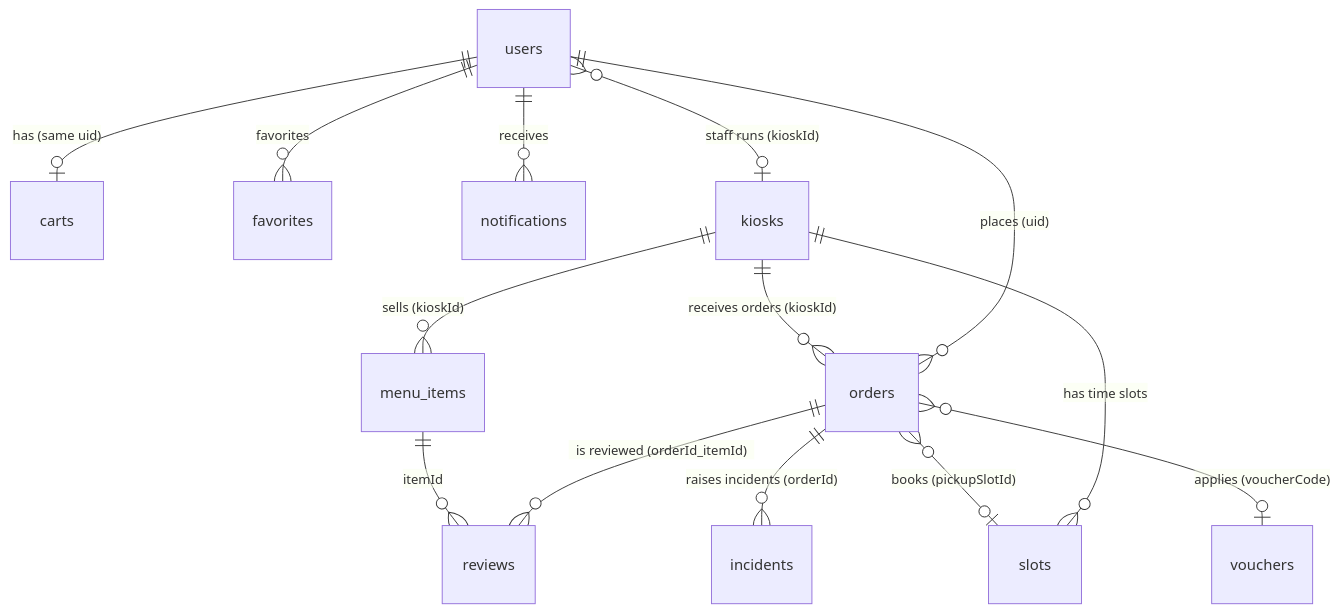
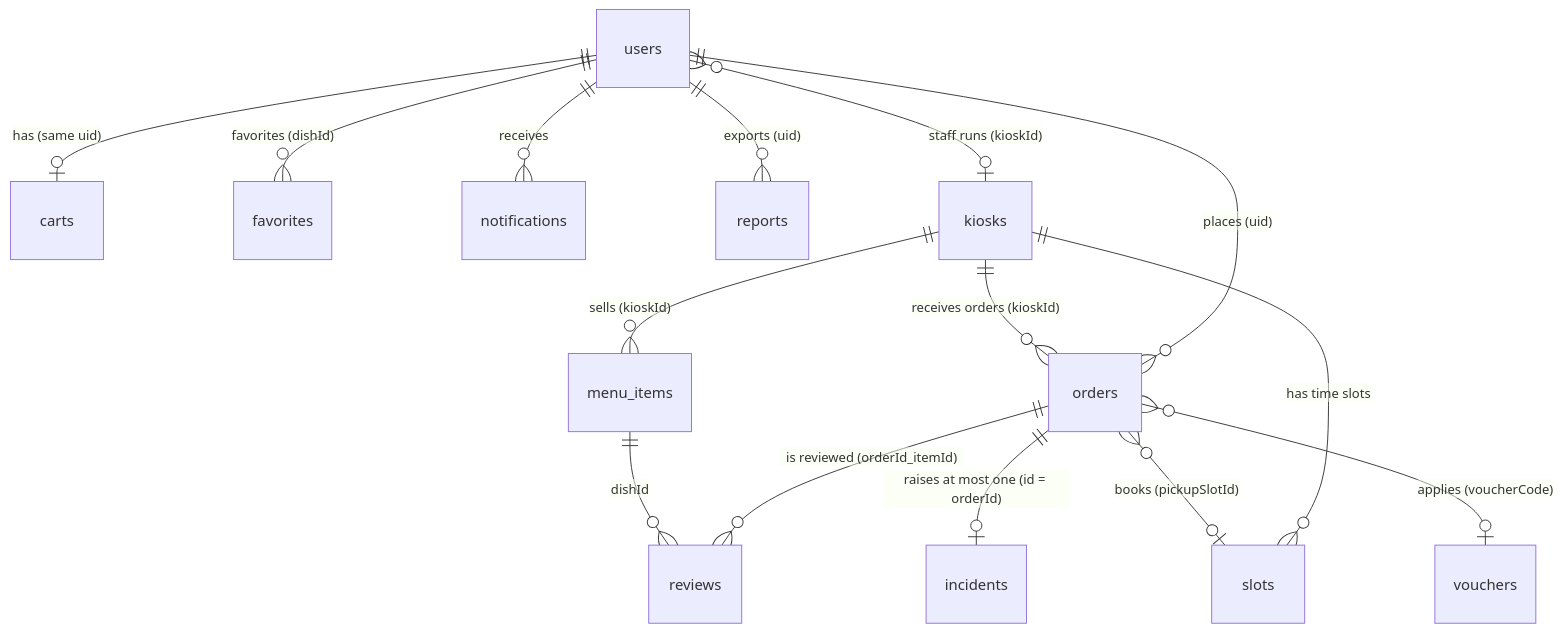
The first of 2 diagrams in docs/data-model.md (baonv0817/PRM393_Lab03_Group2), drawn with Mermaid before and after one commit. The commit also changed other lines of this file, not shown here.

````diff
--- a/docs/data-model.md
+++ b/docs/data-model.md
@@ -23,16 +25,17 @@
 ```mermaid
 erDiagram
     users ||--o{ orders : "places (uid)"
     users ||--o| carts : "has (same uid)"
-    users ||--o{ favorites : "favorites"
+    users ||--o{ favorites : "favorites (dishId)"
     users ||--o{ notifications : "receives"
+    users ||--o{ reports : "exports (uid)"
     users }o--o| kiosks : "staff runs (kioskId)"
     kiosks ||--o{ menu_items : "sells (kioskId)"
     kiosks ||--o{ slots : "has time slots"
     kiosks ||--o{ orders : "receives orders (kioskId)"
     orders ||--o{ reviews : "is reviewed (orderId_itemId)"
-    orders ||--o{ incidents : "raises incidents (orderId)"
+    orders ||--o| incidents : "raises at most one (id = orderId)"
     orders }o--o| slots : "books (pickupSlotId)"
     orders }o--o| vouchers : "applies (voucherCode)"
-    menu_items ||--o{ reviews : "itemId"
+    menu_items ||--o{ reviews : "dishId"
 ```
````
